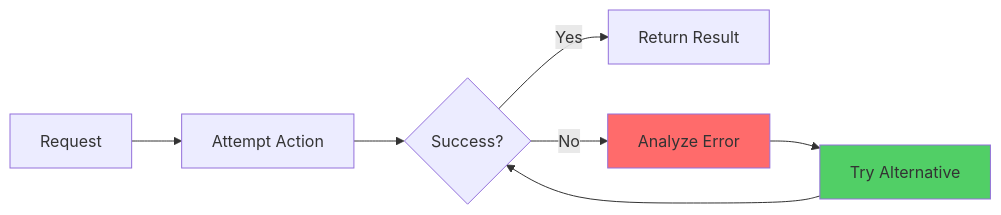
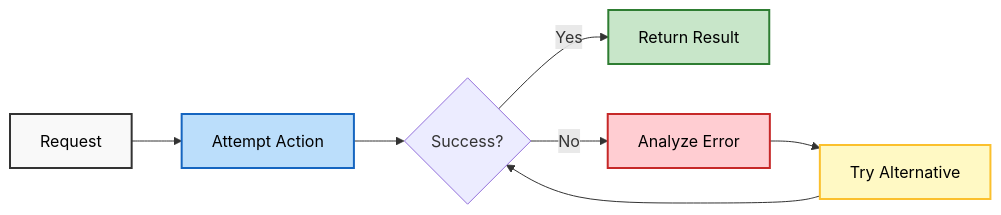
The fifth of 6 diagrams in docs/AGENTIC_ARCHITECTURE.md (BokX1/Sage), drawn with Mermaid before and after one commit. The commit also changed other lines of this file and 10 other files, not shown here.

````diff
--- a/docs/AGENTIC_ARCHITECTURE.md
+++ b/docs/AGENTIC_ARCHITECTURE.md
@@ -229,12 +240,16 @@
 ```mermaid
 flowchart LR
-    A[Request] --> B[Attempt Action]
+    %% Styling
+    classDef start fill:#f9f9f9,stroke:#333,stroke-width:2px,color:black
+    classDef action fill:#bbdefb,stroke:#1565c0,stroke-width:2px,color:black
+    classDef success fill:#c8e6c9,stroke:#2e7d32,stroke-width:2px,color:black
+    classDef failure fill:#ffcdd2,stroke:#c62828,stroke-width:2px,color:black
+    classDef retry fill:#fff9c4,stroke:#fbc02d,stroke-width:2px,color:black
+
+    A[Request]:::start --> B[Attempt Action]:::action
     B --> C{Success?}
-    C -->|Yes| D[Return Result]
-    C -->|No| E[Analyze Error]
-    E --> F[Try Alternative]
+    C -->|Yes| D[Return Result]:::success
+    C -->|No| E[Analyze Error]:::failure
+    E --> F[Try Alternative]:::retry
     F --> C
-    
-    style E fill:#ff6b6b
-    style F fill:#51cf66
 ```
````
